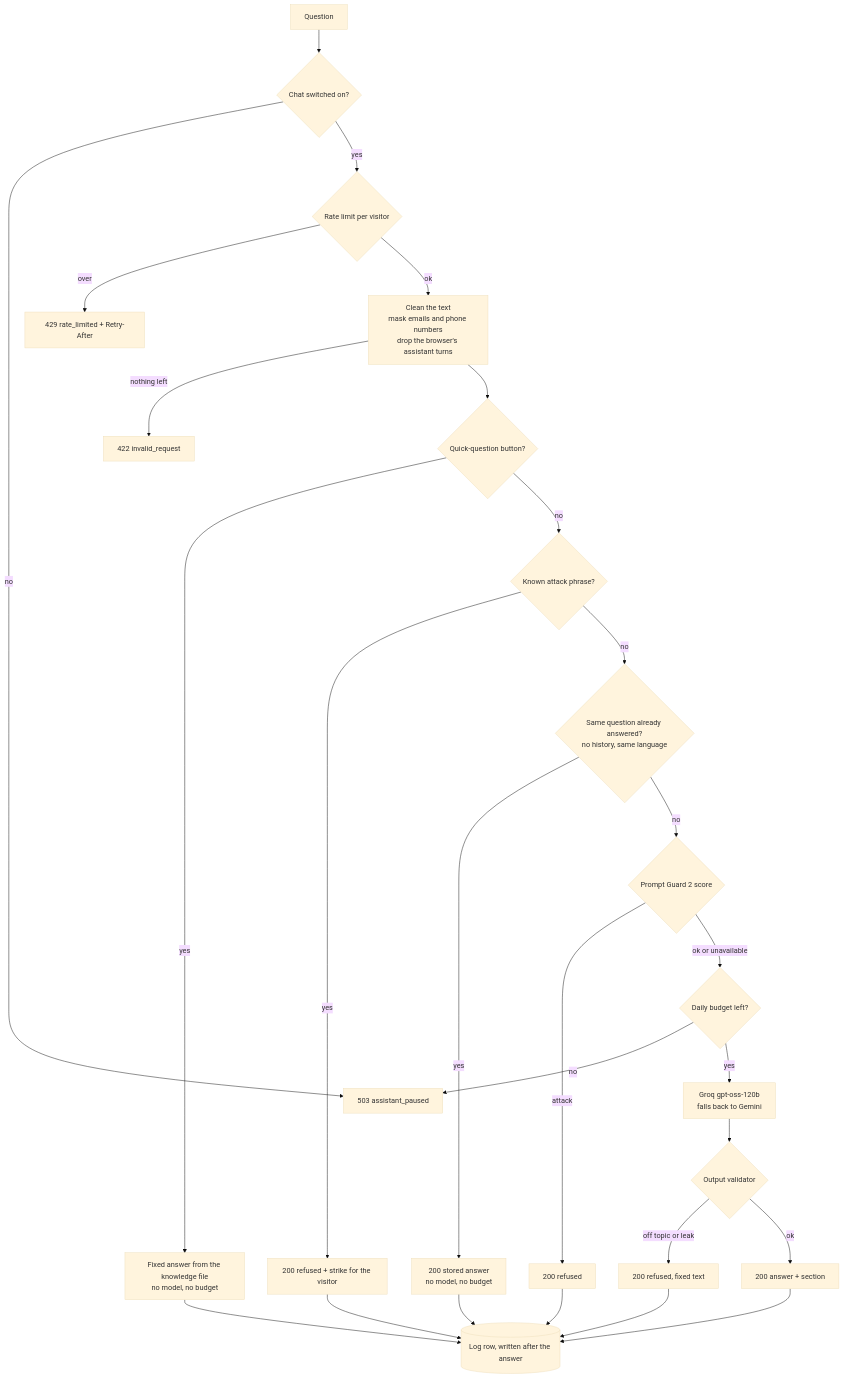
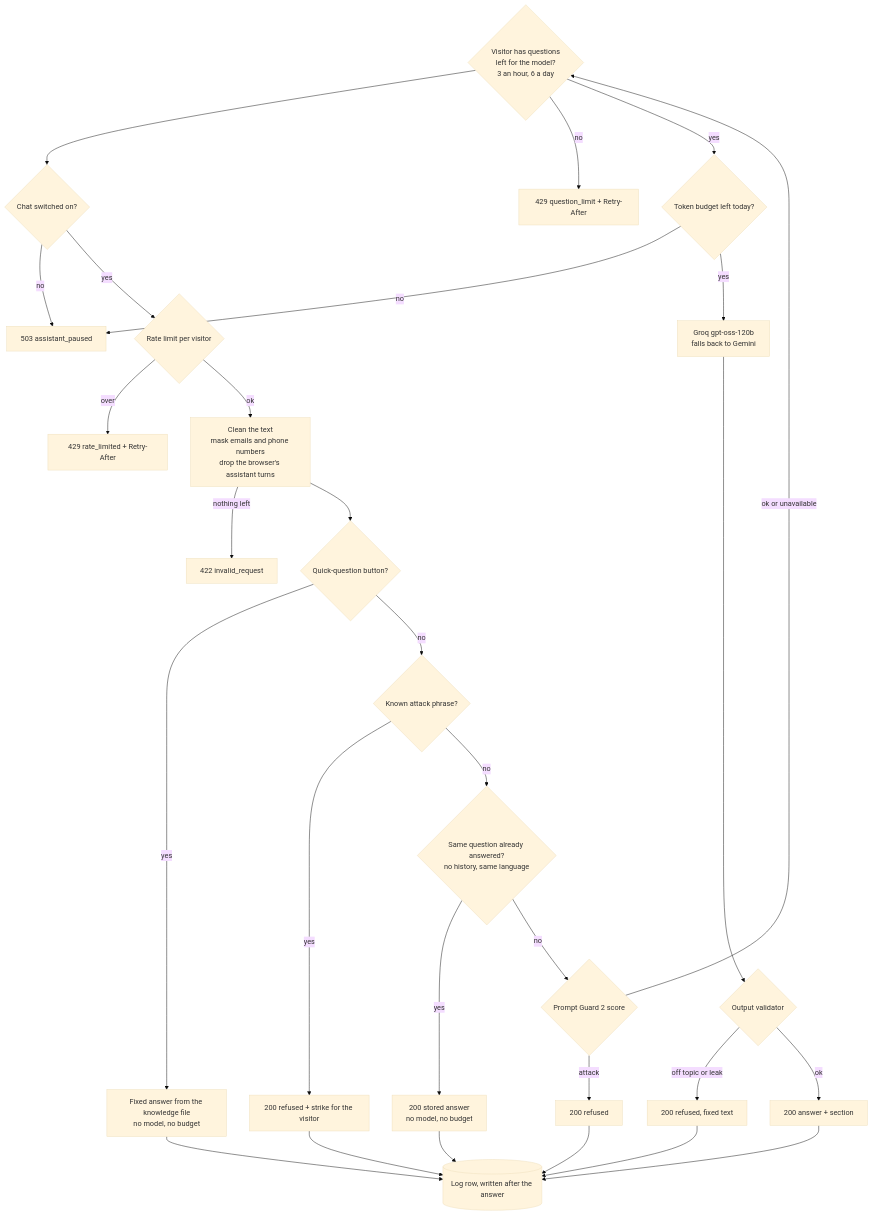
The diagram in docs/chat-flow.md (Joalregra/developer-portfolio), drawn with Mermaid (base theme) before and after one commit. The commit also changed other lines of this file and 3 other files, not shown here.

Commit message:
docs: document the model quota, the token budget and the state file

````diff
--- a/docs/chat-flow.md
+++ b/docs/chat-flow.md
@@ -7,29 +7,31 @@
 ```mermaid
 flowchart TD
   Q[Question] --> S{Chat switched on?}
   S -- no --> P[503 assistant_paused]
   S -- yes --> R{Rate limit per visitor}
   R -- over --> L[429 rate_limited + Retry-After]
   R -- ok --> C[Clean the text<br/>mask emails and phone numbers<br/>drop the browser's assistant turns]
   C -- nothing left --> E[422 invalid_request]
   C --> K{Quick-question button?}
   K -- yes --> QA[Fixed answer from the knowledge file<br/>no model, no budget]
   K -- no --> H{Known attack phrase?}
   H -- yes --> X[200 refused + strike for the visitor]
   H -- no --> AC{Same question already answered?<br/>no history, same language}
   AC -- yes --> CA[200 stored answer<br/>no model, no budget]
   AC -- no --> G{Prompt Guard 2 score}
   G -- attack --> X2[200 refused]
-  G -- ok or unavailable --> B{Daily budget left?}
+  G -- ok or unavailable --> Q{Visitor has questions<br/>left for the model?<br/>3 an hour, 6 a day}
+  Q -- no --> QL[429 question_limit + Retry-After]
+  Q -- yes --> B{Token budget left today?}
   B -- no --> P
   B -- yes --> M[Groq gpt-oss-120b<br/>falls back to Gemini]
   M --> V{Output validator}
   V -- off topic or leak --> X3[200 refused, fixed text]
   V -- ok --> A[200 answer + section]
   QA --> LOG[(Log row, written after the answer)]
   CA --> LOG
   X --> LOG
   X2 --> LOG
   X3 --> LOG
   A --> LOG
 ```
````
